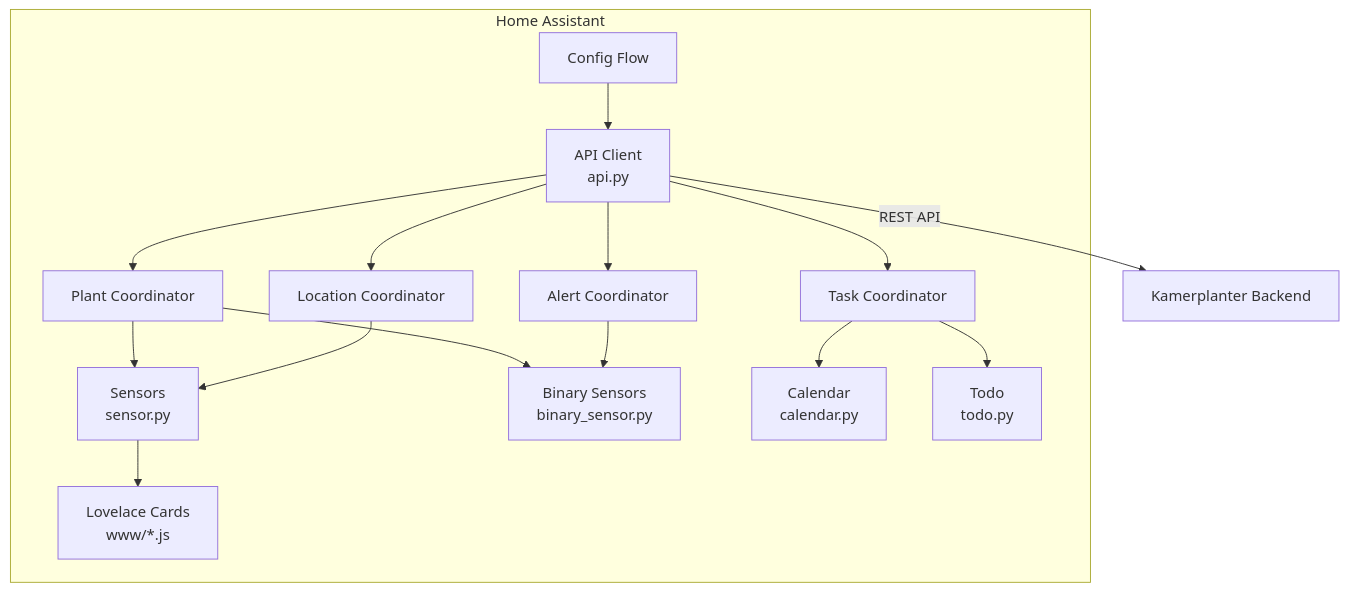
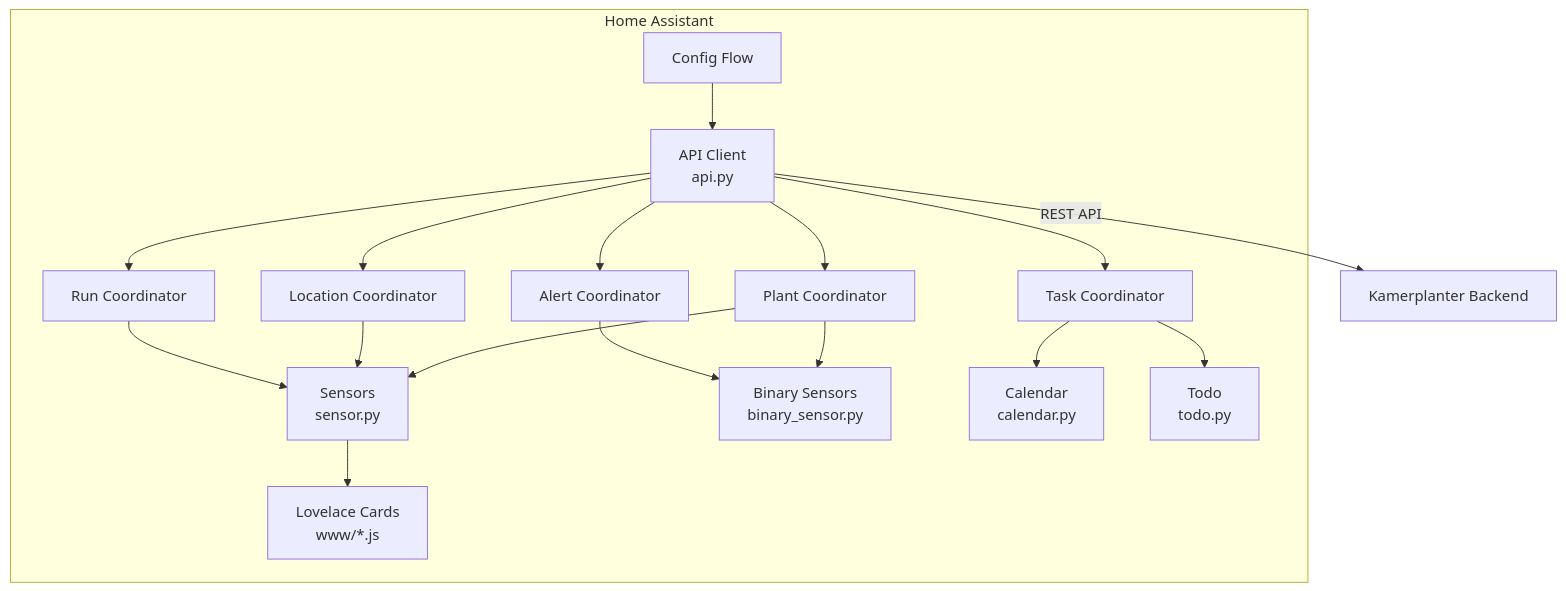
Before and after one commit to nolte/kamerplanter-ha: the diagram in docs/de/development/architecture.md, drawn with Mermaid. The commit also changed other lines of this file and 22 other files, not shown here.

````diff
--- a/docs/de/development/architecture.md
+++ b/docs/de/development/architecture.md
@@ -5,18 +5,20 @@
 ```mermaid
 flowchart TB
     subgraph HA["Home Assistant"]
         CF["Config Flow"] --> API["API Client\napi.py"]
         API --> C1["Plant Coordinator"]
         API --> C2["Location Coordinator"]
-        API --> C3["Alert Coordinator"]
-        API --> C4["Task Coordinator"]
+        API --> C3["Run Coordinator"]
+        API --> C4["Alert Coordinator"]
+        API --> C5["Task Coordinator"]
         C1 --> S["Sensors\nsensor.py"]
         C1 --> BS["Binary Sensors\nbinary_sensor.py"]
         C2 --> S
-        C3 --> BS
-        C4 --> CAL["Calendar\ncalendar.py"]
-        C4 --> TODO["Todo\ntodo.py"]
+        C3 --> S
+        C4 --> BS
+        C5 --> CAL["Calendar\ncalendar.py"]
+        C5 --> TODO["Todo\ntodo.py"]
         S --> CARDS["Lovelace Cards\nwww/*.js"]
     end
     API -->|REST API| KP["Kamerplanter Backend"]
 ```
````
